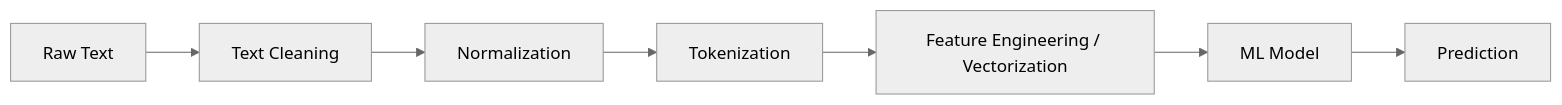
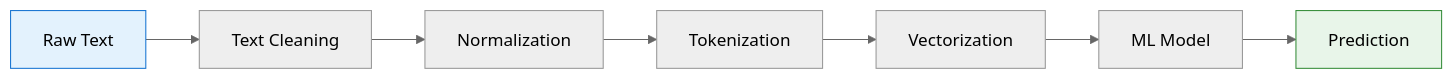
The diagram in docs/01-nlp-fundamentals/nlp-applications.md (Raunak4518/nlp), drawn with Mermaid (neutral theme) before and after one commit. The commit also changed other lines of this file and 35 other files, not shown here.

````diff
--- a/docs/01-nlp-fundamentals/nlp-applications.md
+++ b/docs/01-nlp-fundamentals/nlp-applications.md
@@ -46,9 +22,12 @@
 ```mermaid
 flowchart LR
     A[Raw Text] --> B[Text Cleaning]
     B --> C[Normalization]
     C --> D[Tokenization]
-    D --> E[Feature Engineering / Vectorization]
+    D --> E[Vectorization]
     E --> F[ML Model]
     F --> G[Prediction]
+    
+    style A fill:#e3f2fd,stroke:#1976d2
+    style G fill:#e8f5e9,stroke:#388e3c
 ```
````
